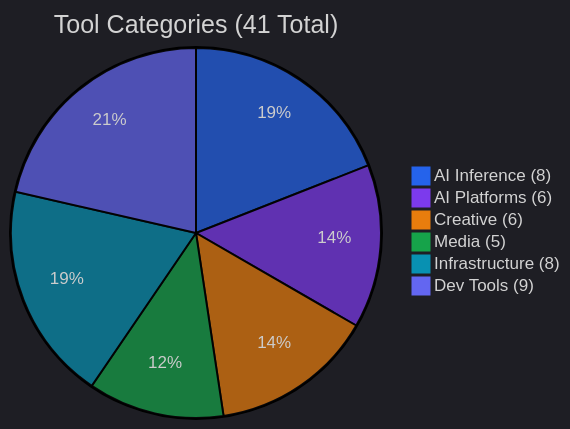
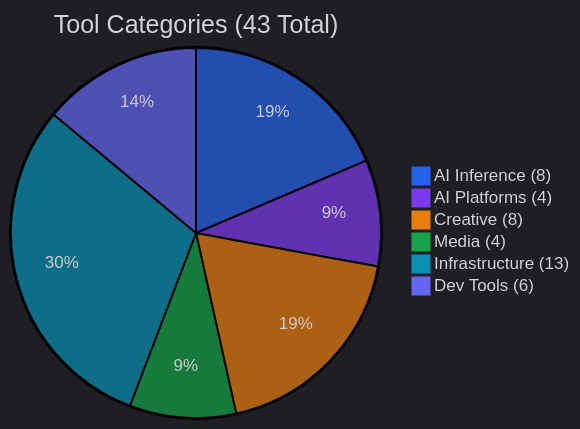
The diagram in docs/TOOLS.md (mvalancy/val-ark), drawn with Mermaid before and after one commit. The commit also changed other lines of this file and 10 other files, not shown here.

````diff
--- a/docs/TOOLS.md
+++ b/docs/TOOLS.md
@@ -5,10 +5,10 @@
 ```mermaid
 %%{init: {'theme': 'dark', 'themeVariables': {'pie1': '#2563eb', 'pie2': '#7c3aed', 'pie3': '#e87d0d', 'pie4': '#16a34a', 'pie5': '#0891b2', 'pie6': '#6366f1'}}}%%
-pie title Tool Categories (41 Total)
+pie title Tool Categories (43 Total)
     "AI Inference (8)" : 8
-    "AI Platforms (6)" : 6
-    "Creative (6)" : 6
-    "Media (5)" : 5
-    "Infrastructure (8)" : 8
-    "Dev Tools (9)" : 9
+    "AI Platforms (4)" : 4
+    "Creative (8)" : 8
+    "Media (4)" : 4
+    "Infrastructure (13)" : 13
+    "Dev Tools (6)" : 6
 ```
````
